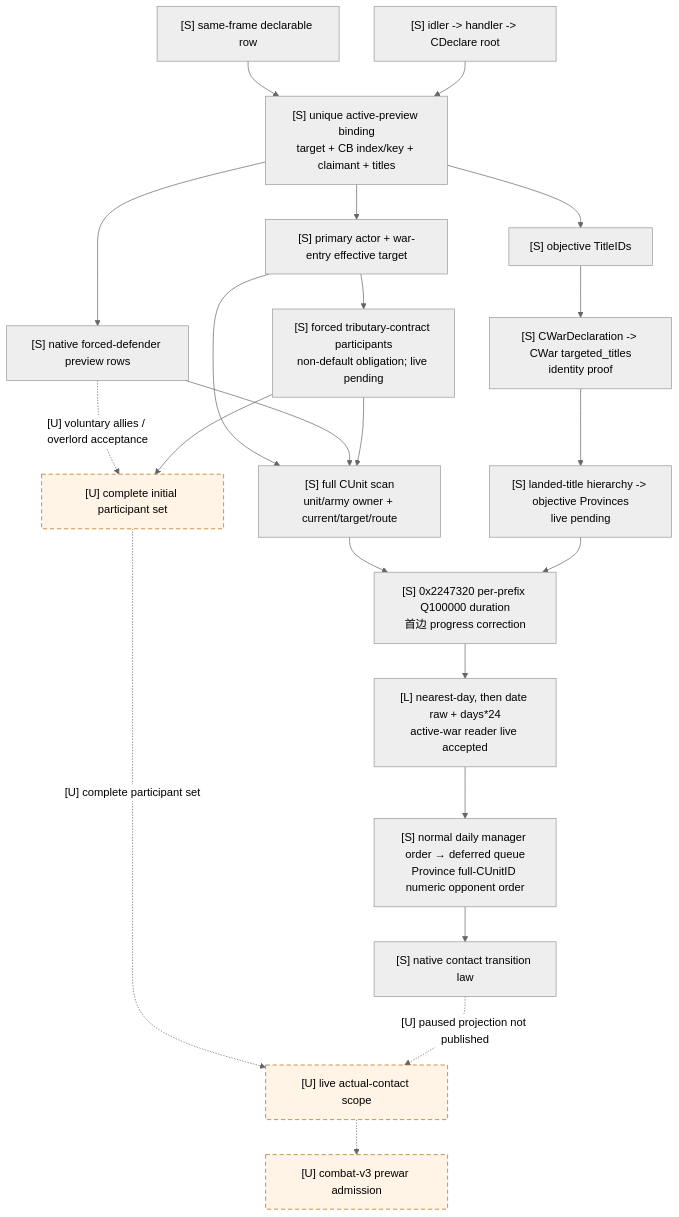
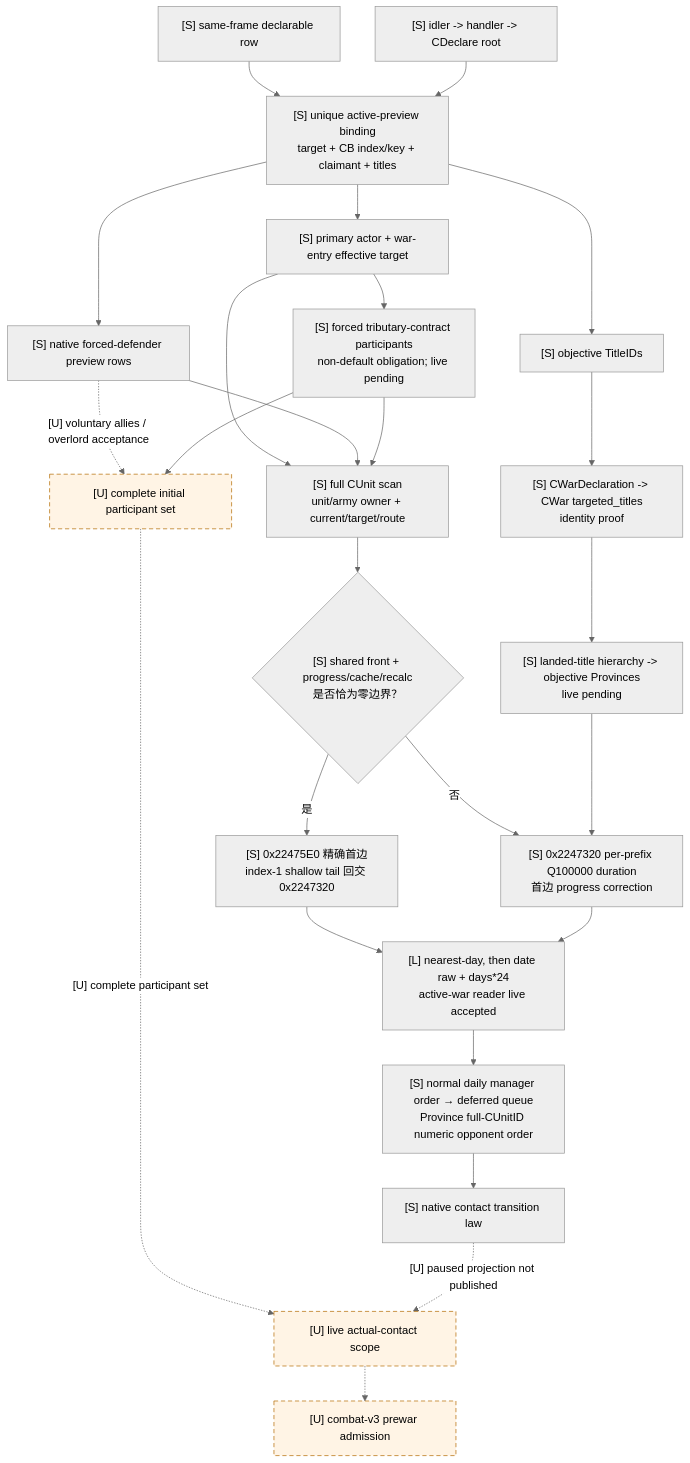
Before and after one commit to XenoAmess/ck3_eternal_recurrence: the diagram in docs/ck3-native-ai/prewar-encounter-inputs.md, drawn with Mermaid (neutral theme). The commit also changed other lines of this file and 25 other files, not shown here.

````diff
--- a/docs/ck3-native-ai/prewar-encounter-inputs.md
+++ b/docs/ck3-native-ai/prewar-encounter-inputs.md
@@ -472,26 +493,29 @@
 ```mermaid
 flowchart TD
     D["[S] same-frame declarable row"] --> B["[S] unique active-preview binding<br/>target + CB index/key + claimant + titles"]
     R["[S] idler -> handler -> CDeclare root"] --> B
     B --> P["[S] primary actor + war-entry effective target"]
     B --> F["[S] native forced-defender preview rows"]
     P --> S["[S] forced tributary-contract participants<br/>non-default obligation; live pending"]
     P --> U["[S] full CUnit scan<br/>unit/army owner + current/target/route"]
     F --> U
     S --> U
     B --> T["[S] objective TitleIDs"]
     F -. "[U] voluntary allies / overlord acceptance" .-> J["[U] complete initial participant set"]
     S --> J
     T --> W["[S] CWarDeclaration -> CWar targeted_titles<br/>identity proof"]
     W --> O["[S] landed-title hierarchy -> objective Provinces<br/>live pending"]
-    U --> Q["[S] 0x2247320 per-prefix Q100000 duration<br/>首边 progress correction"]
+    U --> Z{"[S] shared front + progress/cache/recalc<br/>是否恰为零边界？"}
+    Z -->|否| Q["[S] 0x2247320 per-prefix Q100000 duration<br/>首边 progress correction"]
+    Z -->|是| E["[S] 0x22475E0 精确首边<br/>index-1 shallow tail 回交 0x2247320"]
+    E --> A
     O --> Q
     Q --> A["[L] nearest-day, then date raw + days*24<br/>active-war reader live accepted"]
     A --> SDO["[S] normal daily manager order → deferred queue<br/>Province full-CUnitID numeric opponent order"]
     SDO --> C["[S] native contact transition law"]
     J -. "[U] complete participant set" .-> L["[U] live actual-contact scope"]
     C -. "[U] paused projection not published" .-> L
     L -.-> V["[U] combat-v3 prewar admission"]
     classDef unknown stroke-dasharray: 6 4,fill:#fff4e5,stroke:#b36b00;
     class J,L,V unknown;
 ```
````
